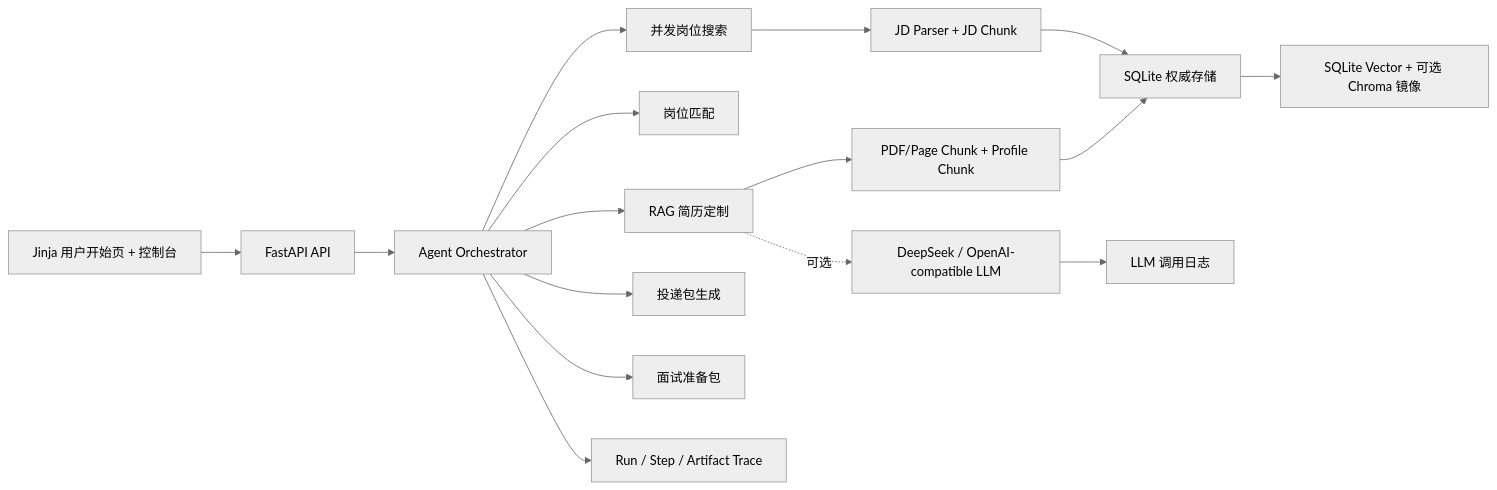
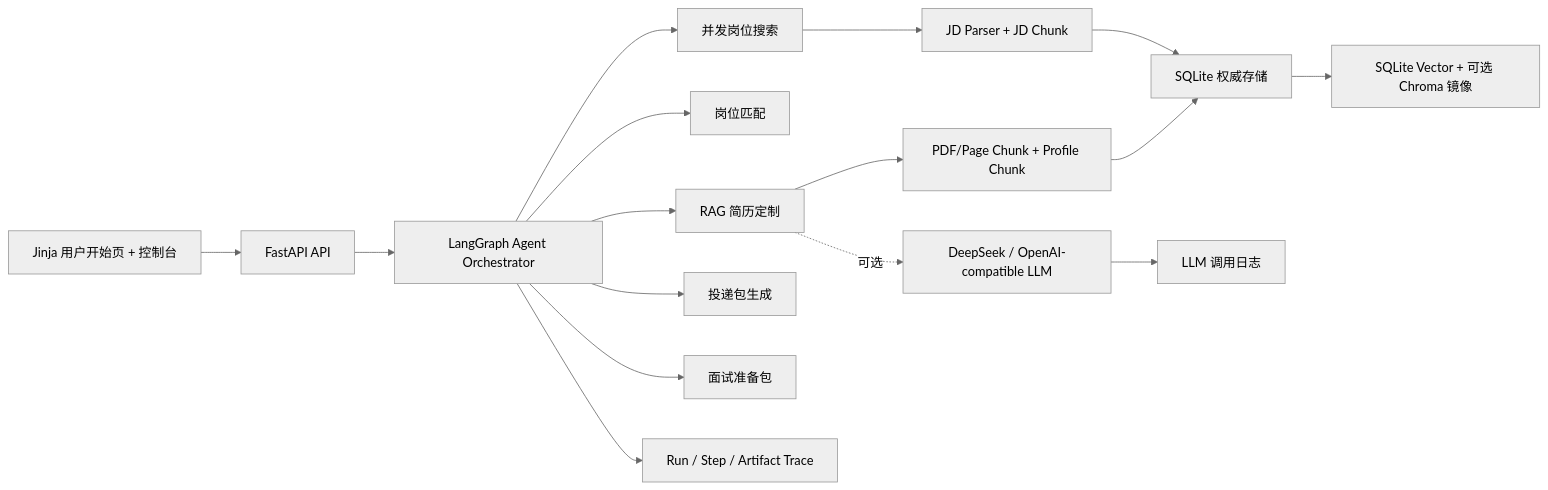
The diagram in README.md (Yonhen233/CareerAgent), drawn with Mermaid (neutral theme) before and after one commit. The commit also changed other lines of this file and 13 other files, not shown here.

````diff
--- a/README.md
+++ b/README.md
@@ -78,18 +80,18 @@
 ```mermaid
 flowchart LR
     UI["Jinja 用户开始页 + 控制台"] --> API["FastAPI API"]
-    API --> Agent["Agent Orchestrator"]
+    API --> Agent["LangGraph Agent Orchestrator"]
     Agent --> Search["并发岗位搜索"]
     Agent --> Match["岗位匹配"]
     Agent --> Tailor["RAG 简历定制"]
     Agent --> Apply["投递包生成"]
     Agent --> Interview["面试准备包"]
     Search --> JD["JD Parser + JD Chunk"]
     Tailor --> Resume["PDF/Page Chunk + Profile Chunk"]
     JD --> SQLite["SQLite 权威存储"]
     Resume --> SQLite
     SQLite --> Vector["SQLite Vector + 可选 Chroma 镜像"]
     Tailor -.可选.-> LLM["DeepSeek / OpenAI-compatible LLM"]
     LLM --> Debug["LLM 调用日志"]
     Agent --> Trace["Run / Step / Artifact Trace"]
 ```
````
